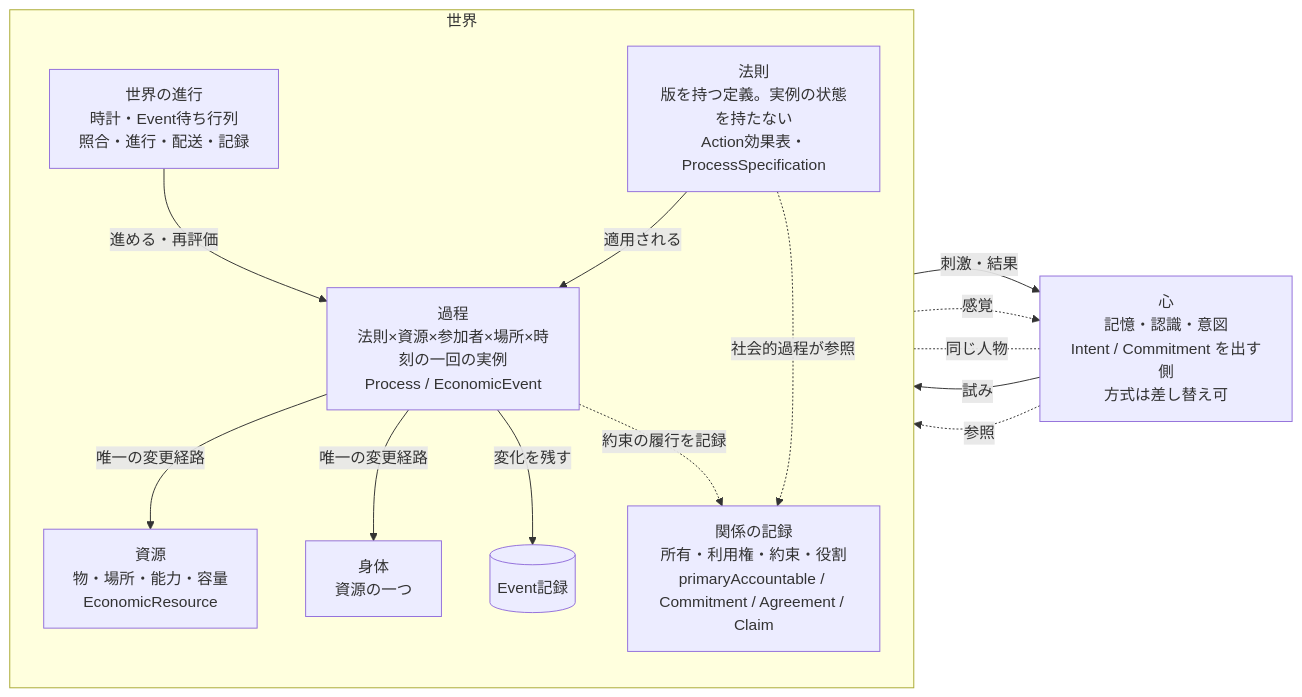
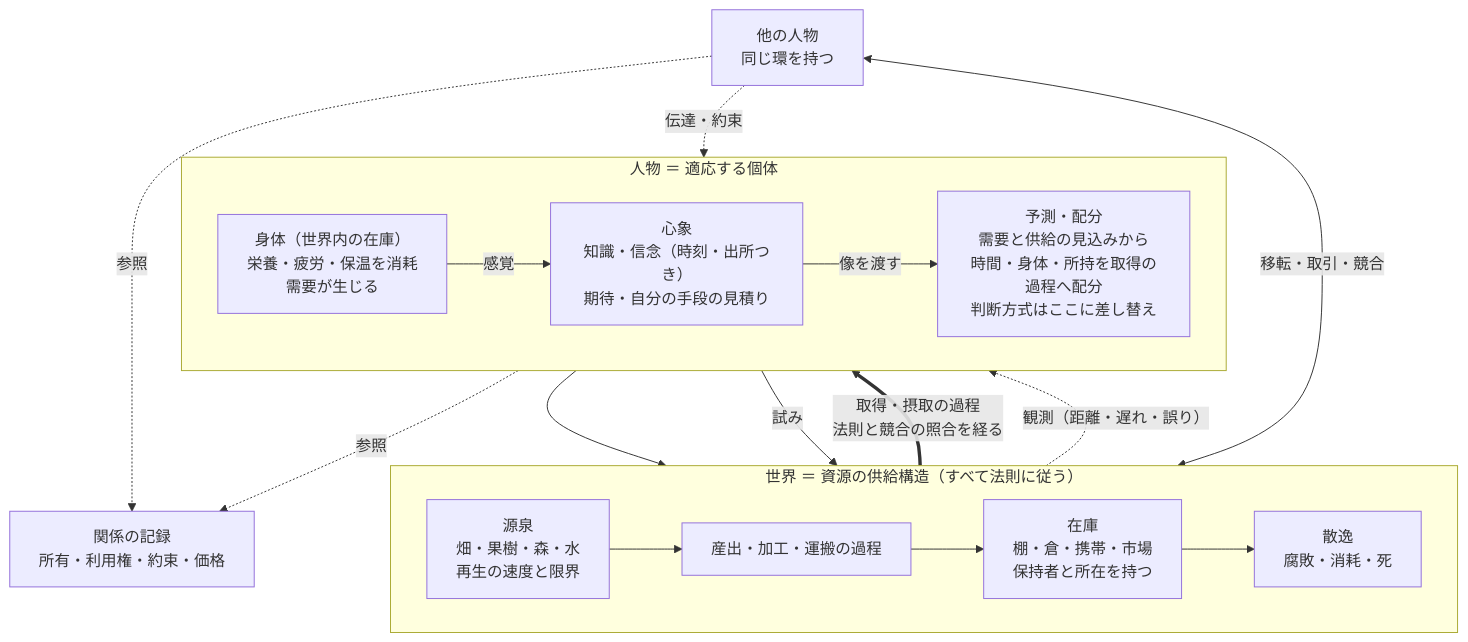
One commit to demerzel09/Medieval-Simulator changed the first of 2 diagrams in docs/DESIGN.md. Above: the diagram before and after it, drawn with Mermaid. The commit also changed other lines of this file and 3 other files, not shown here.

````diff
--- a/docs/DESIGN.md
+++ b/docs/DESIGN.md
@@ -56,26 +59,29 @@
 ```mermaid
-flowchart LR
-  subgraph WORLD["世界"]
-    direction TB
-    RUN["世界の進行<br/>時計・Event待ち行列<br/>照合・進行・配送・記録"]
-    LAW["法則<br/>版を持つ定義。実例の状態を持たない<br/>Action効果表・ProcessSpecification"]
-    PROC["過程<br/>法則×資源×参加者×場所×時刻の一回の実例<br/>Process / EconomicEvent"]
-    RES["資源<br/>物・場所・能力・容量<br/>EconomicResource"]
-    BODY["身体<br/>資源の一つ"]
-    REL["関係の記録<br/>所有・利用権・約束・役割<br/>primaryAccountable / Commitment / Agreement / Claim"]
-    LOG[("Event記録")]
+flowchart TB
+  subgraph WORLD["世界 ＝ 資源の供給構造（すべて法則に従う）"]
+    direction LR
+    SRC["源泉<br/>畑・果樹・森・水<br/>再生の速度と限界"]
+    PROD["産出・加工・運搬の過程"]
+    STOCK["在庫<br/>棚・倉・携帯・市場<br/>保持者と所在を持つ"]
+    LOSS["散逸<br/>腐敗・消耗・死"]
+    SRC --> PROD --> STOCK --> LOSS
   end
-  MIND["心<br/>記憶・認識・意図<br/>Intent / Commitment を出す側<br/>方式は差し替え可"]
-  RUN -->|"進める・再評価"| PROC
-  LAW -->|"適用される"| PROC
-  PROC -->|"唯一の変更経路"| RES
-  PROC -->|"唯一の変更経路"| BODY
-  PROC -->|"変化を残す"| LOG
-  MIND -->|"試み"| RUN
-  RUN -->|"刺激・結果"| MIND
-  BODY -.->|"感覚"| MIND
-  BODY -.-|"同じ人物"| MIND
-  MIND -.->|"参照"| REL
-  LAW -.->|"社会的過程が参照"| REL
-  PROC -.->|"約束の履行を記録"| REL
+  subgraph PERSON["人物 ＝ 適応する個体"]
+    direction LR
+    BODY["身体（世界内の在庫）<br/>栄養・疲労・保温を消耗<br/>需要が生じる"]
+    IMG["心象<br/>知識・信念（時刻・出所つき）<br/>期待・自分の手段の見積り"]
+    PLAN["予測・配分<br/>需要と供給の見込みから<br/>時間・身体・所持を取得の過程へ配分<br/>判断方式はここに差し替え"]
+    BODY -->|"感覚"| IMG
+    IMG -->|"像を渡す"| PLAN
+  end
+  STOCK ==>|"取得・摂取の過程<br/>法則と競合の照合を経る"| BODY
+  BODY --> LOSS
+  PLAN -->|"試み"| STOCK
+  STOCK -.->|"観測（距離・遅れ・誤り）"| IMG
+  OTHERS["他の人物<br/>同じ環を持つ"]
+  OTHERS -.->|"伝達・約束"| IMG
+  OTHERS <-->|"移転・取引・競合"| STOCK
+  REL["関係の記録<br/>所有・利用権・約束・価格"]
+  PLAN -.->|"参照"| REL
+  OTHERS -.->|"参照"| REL
 ```
````
